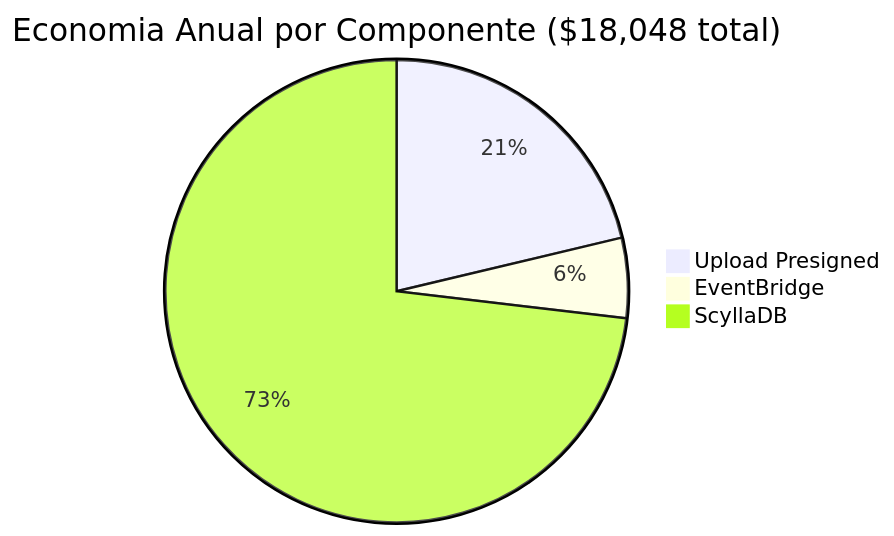
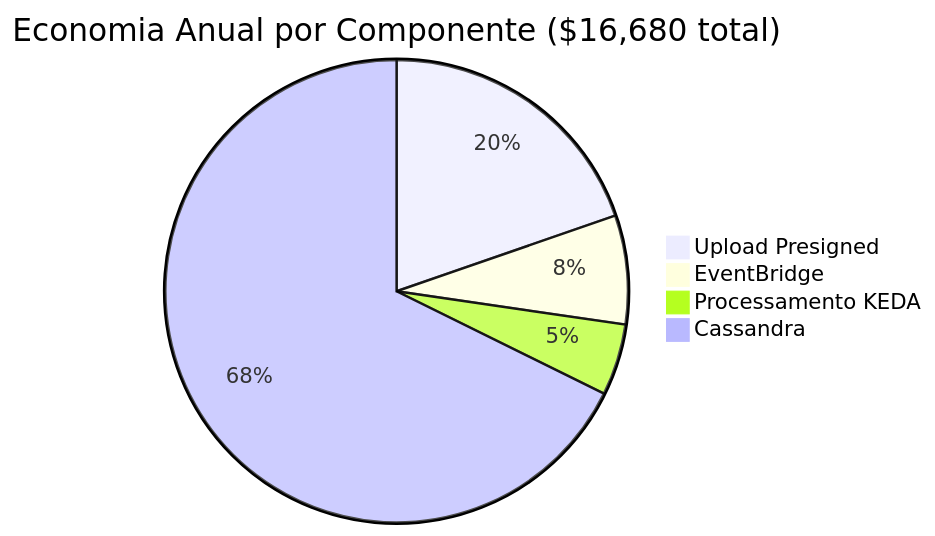
The tenth of 10 diagrams in docs/infrastructure-decision.md (FreitasArao/fiap-image), drawn with Mermaid before and after one commit. The commit also changed other lines of this file and 21 other files, not shown here.

Commit message:
docs: Enhance README and infrastructure decision documentation with architecture insights and structured logging conventions; update diagrams to reflect Cassandra naming and improve clarity on architectural decisions

````diff
--- a/docs/infrastructure-decision.md
+++ b/docs/infrastructure-decision.md
@@ -647,6 +1034,7 @@
 ```mermaid
-pie title Economia Anual por Componente ($18,048 total)
+pie title Economia Anual por Componente ($16,680 total)
     "Upload Presigned" : 3840
-    "EventBridge" : 1008
-    "ScyllaDB" : 13200
+    "EventBridge" : 1484
+    "Processamento KEDA" : 974
+    "Cassandra" : 13200
 ```
````
